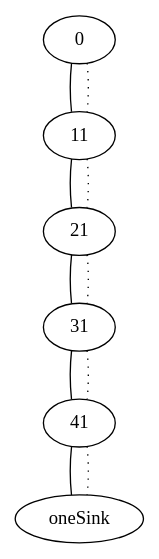
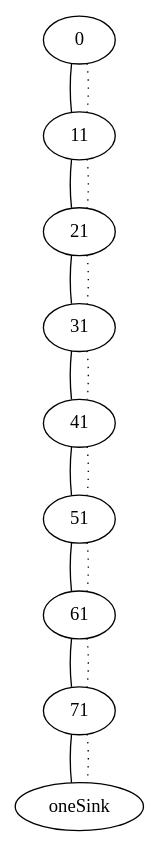
One commit to aelkhamsi/BNN_explainability changed the diagram in obdd/obdd.gv. Above: the diagram before and after it, drawn with Graphviz. The commit also changed 4 other files, not shown here.

```diff
--- a/obdd/obdd.gv
+++ b/obdd/obdd.gv
@@ -1,12 +1,18 @@
 digraph{
 0->11 [style=solid, arrowhead="none"];
 0->11 [style=dotted, arrowhead="none"];
 11->21 [style=solid, arrowhead="none"];
 11->21 [style=dotted, arrowhead="none"];
 21->31 [style=solid, arrowhead="none"];
 21->31 [style=dotted, arrowhead="none"];
 31->41 [style=solid, arrowhead="none"];
 31->41 [style=dotted, arrowhead="none"];
-41->oneSink [style=solid, arrowhead="none"];
-41->oneSink [style=dotted, arrowhead="none"];
+41->51 [style=solid, arrowhead="none"];
+41->51 [style=dotted, arrowhead="none"];
+51->61 [style=solid, arrowhead="none"];
+51->61 [style=dotted, arrowhead="none"];
+61->71 [style=solid, arrowhead="none"];
+61->71 [style=dotted, arrowhead="none"];
+71->oneSink [style=solid, arrowhead="none"];
+71->oneSink [style=dotted, arrowhead="none"];
 }
```
